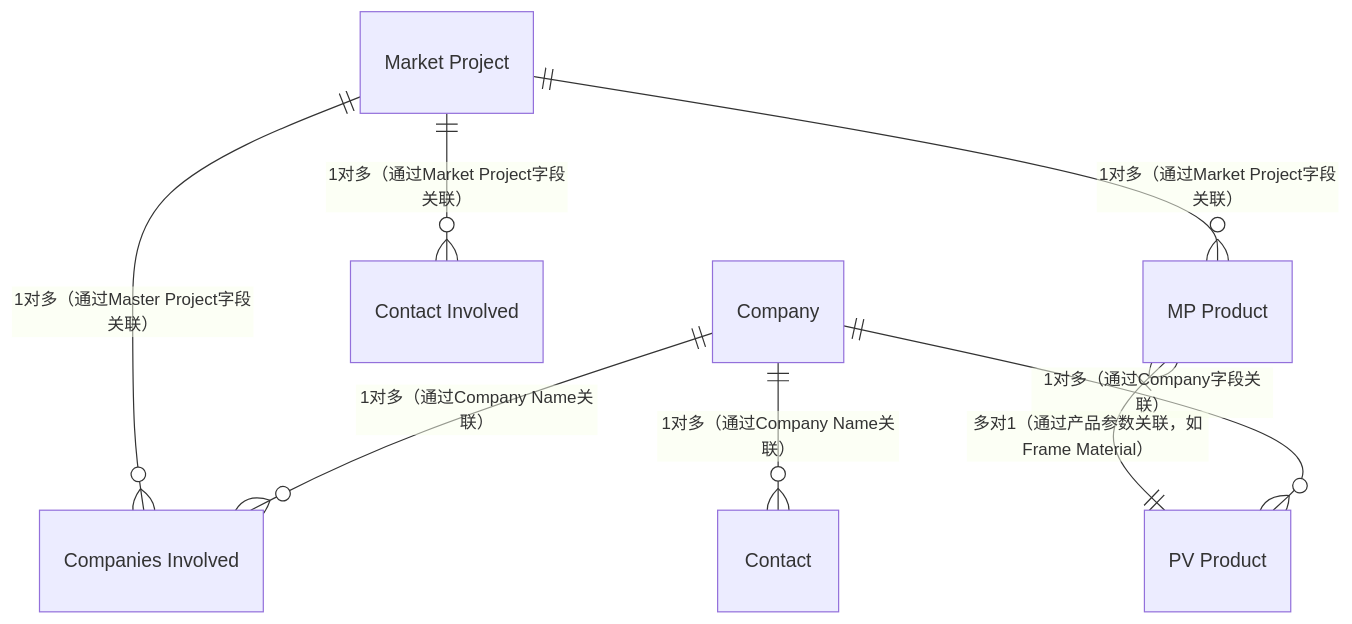
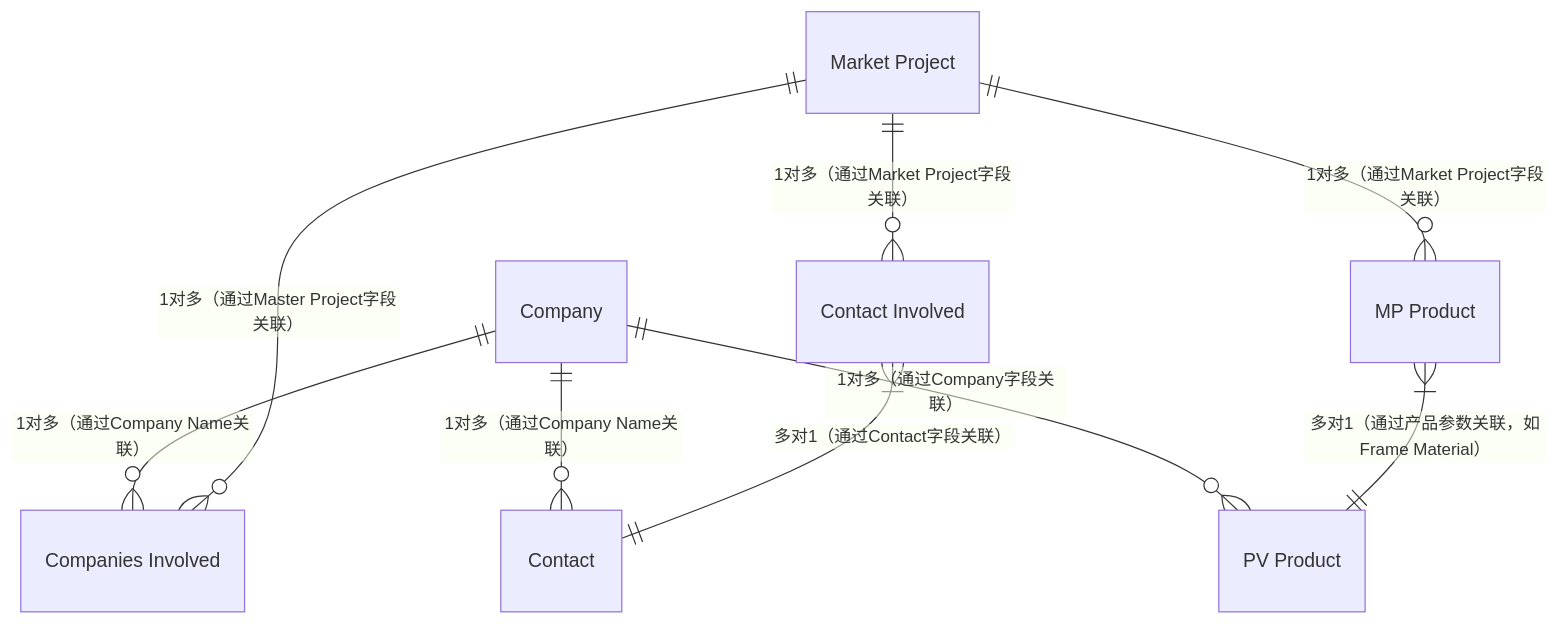
The diagram in all/未命名.md (zhangziru-33/iodraw-files), drawn with Mermaid before and after one commit.

Commit message:
2025-12-04 13:35:21 update

````diff
--- a/all/未命名.md
+++ b/all/未命名.md
@@ -1,10 +1,11 @@
 ```mermaid
 erDiagram
     Company ||--o{ "Companies Involved" : "1对多（通过Company Name关联）"
     Company ||--o{ "PV Product" : "1对多（通过Company字段关联）"
     Company ||--o{ "Contact" : "1对多（通过Company Name关联）"
     "Market Project" ||--o{ "Companies Involved" : "1对多（通过Master Project字段关联）"
     "Market Project" ||--o{ "Contact Involved" : "1对多（通过Market Project字段关联）"
     "Market Project" ||--o{ "MP Product" : "1对多（通过Market Project字段关联）"
     "MP Product" }|--|| "PV Product" : "多对1（通过产品参数关联，如Frame Material）"
+    "Contact Involved" }|--|| "Contact" : "多对1（通过Contact字段关联）"
 ```
````
